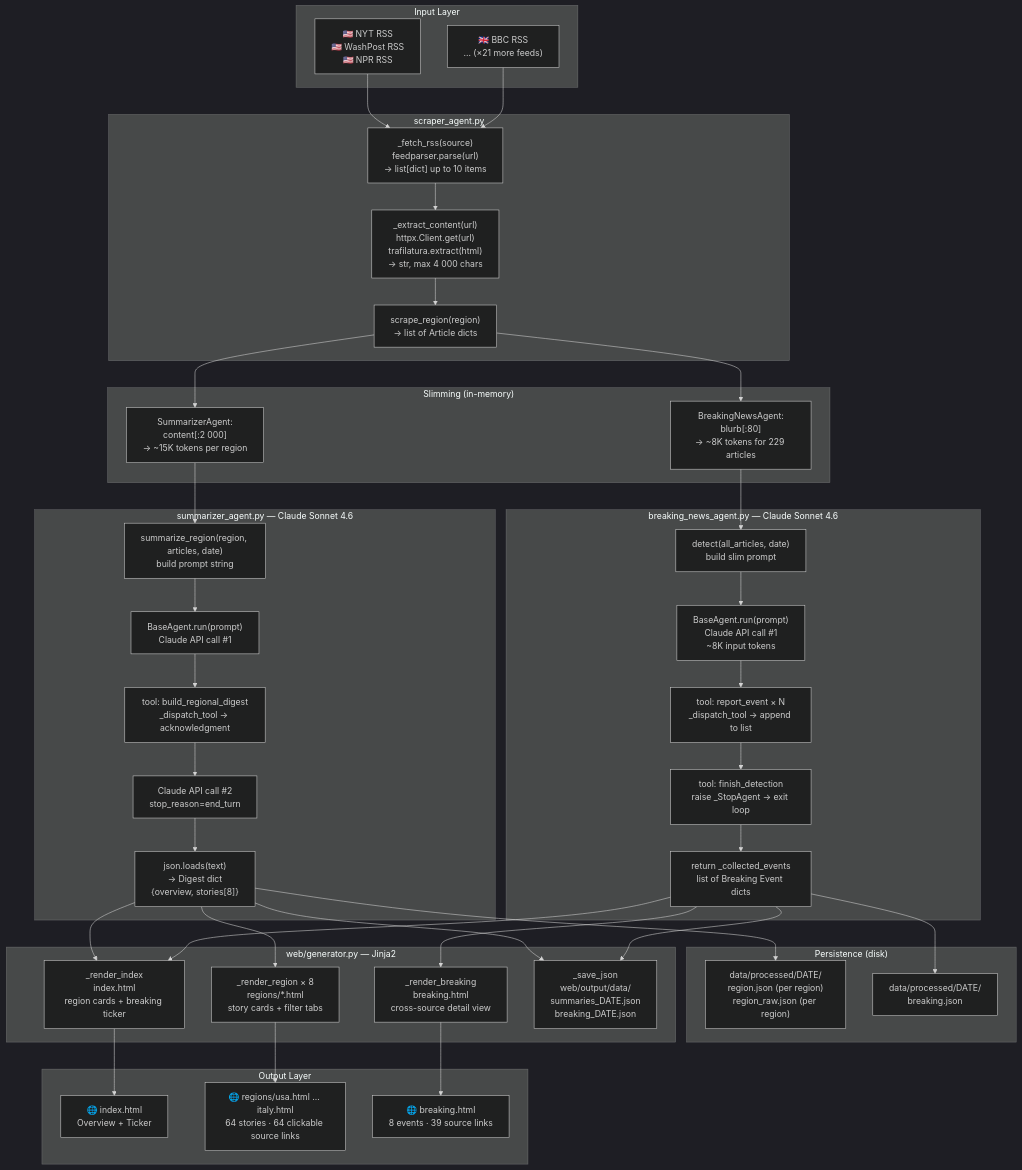
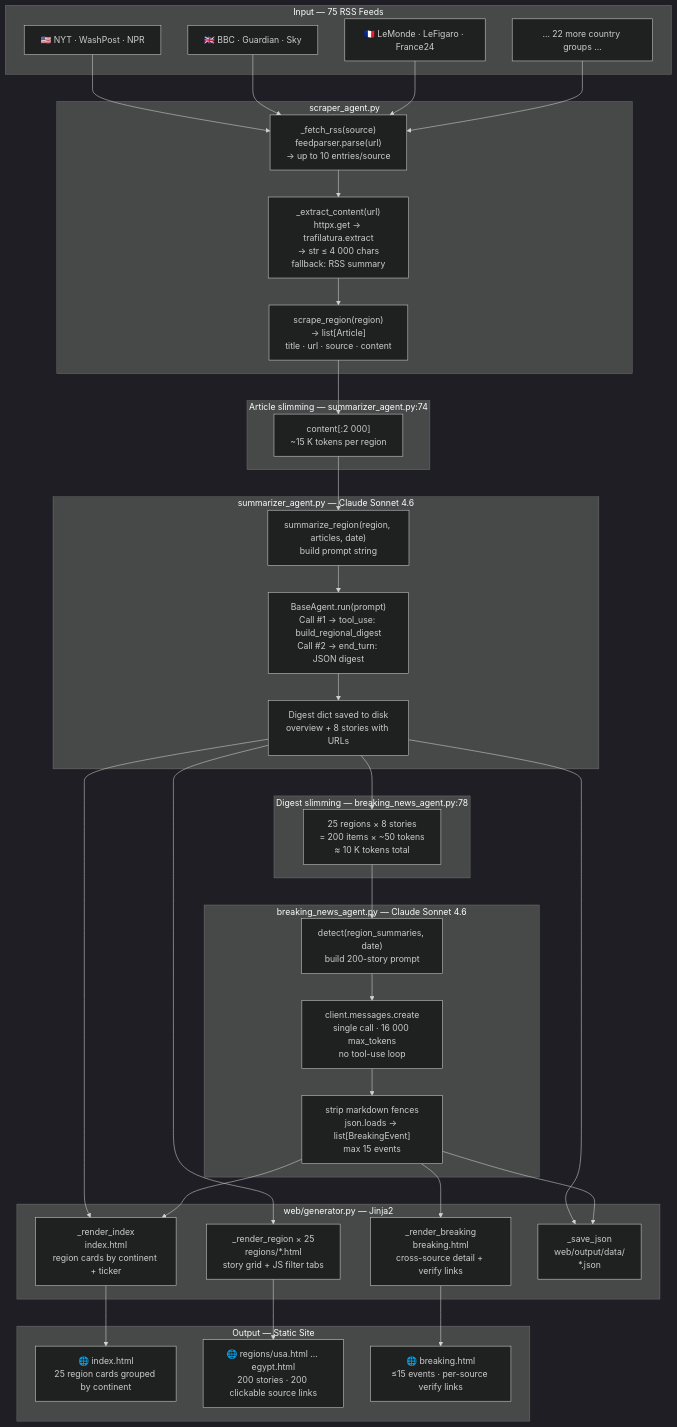
Before and after one commit to fborbon/news_agent: the third of 4 diagrams in README.md, drawn with Mermaid (dark theme). The commit also changed other lines of this file, not shown here.

First line of the commit message:
Enrich README with AI tech explanations, diagrams, and live site link

````diff
--- a/README.md
+++ b/README.md
@@ -582,65 +485,59 @@
 ```mermaid
 flowchart TD
-    subgraph INPUT["Input Layer"]
-        N1["🇺🇸 NYT RSS\n🇺🇸 WashPost RSS\n🇺🇸 NPR RSS"]
-        N2["🇬🇧 BBC RSS\n… (×21 more feeds)"]
+    subgraph IN["Input — 75 RSS Feeds"]
+        R1["🇺🇸 NYT · WashPost · NPR"]
+        R2["🇬🇧 BBC · Guardian · Sky"]
+        R3["🇫🇷 LeMonde · LeFigaro · France24"]
+        RN["… 22 more country groups …"]
     end
 
     subgraph SCRAPE["scraper_agent.py"]
-        F1["_fetch_rss(source)\nfeedparser.parse(url)\n→ list[dict] up to 10 items"]
-        F2["_extract_content(url)\nhttpx.Client.get(url)\ntrafilatura.extract(html)\n→ str, max 4 000 chars"]
-        F3["scrape_region(region)\n→ list of Article dicts"]
-        N1 & N2 --> F1 --> F2 --> F3
+        S1["_fetch_rss(source)\nfeedparser.parse(url)\n→ up to 10 entries/source"]
+        S2["_extract_content(url)\nhttpx.get → trafilatura.extract\n→ str ≤ 4 000 chars\nfallback: RSS summary"]
+        S3["scrape_region(region)\n→ list[Article]\ntitle · url · source · content"]
+        R1 & R2 & R3 & RN --> S1 --> S2 --> S3
     end
 
-    subgraph PREP["Slimming (in-memory)"]
-        S1["SummarizerAgent:\ncontent[:2 000]\n→ ~15K tokens per region"]
-        S2["BreakingNewsAgent:\nblurb[:80]\n→ ~8K tokens for 229 articles"]
-        F3 --> S1
-        F3 --> S2
+    subgraph SLIM1["Article slimming — summarizer_agent.py:74"]
+        T1["content[:2 000]\n~15 K tokens per region"]
+        S3 --> T1
     end
 
     subgraph SUMM["summarizer_agent.py — Claude Sonnet 4.6"]
-        G1["summarize_region(region, articles, date)\nbuild prompt string"]
-        G2["BaseAgent.run(prompt)\nClaude API call #1"]
-        G3["tool: build_regional_digest\n_dispatch_tool → acknowledgment"]
-        G4["Claude API call #2\nstop_reason=end_turn"]
-        G5["json.loads(text)\n→ Digest dict\n{overview, stories[8]}"]
-        S1 --> G1 --> G2 --> G3 --> G4 --> G5
+        U1["summarize_region(region, articles, date)\nbuild prompt string"]
+        U2["BaseAgent.run(prompt)\nCall #1 → tool_use: build_regional_digest\nCall #2 → end_turn: JSON digest"]
+        U3["Digest dict saved to disk\noverview + 8 stories with URLs"]
+        T1 --> U1 --> U2 --> U3
+    end
+
+    subgraph SLIM2["Digest slimming — breaking_news_agent.py:78"]
+        V1["25 regions × 8 stories\n= 200 items × ~50 tokens\n≈ 10 K tokens total"]
+        U3 --> V1
     end
 
     subgraph BREAK["breaking_news_agent.py — Claude Sonnet 4.6"]
-        B1["detect(all_articles, date)\nbuild slim prompt"]
-        B2["BaseAgent.run(prompt)\nClaude API call #1\n~8K input tokens"]
-        B3["tool: report_event × N\n_dispatch_tool → append to list"]
-        B4["tool: finish_detection\nraise _StopAgent → exit loop"]
-        B5["return _collected_events\nlist of Breaking Event dicts"]
-        S2 --> B1 --> B2 --> B3 --> B4 --> B5
-    end
-
-    subgraph PERSIST["Persistence (disk)"]
-        P1["data/processed/DATE/\nregion.json (per region)\nregion_raw.json (per region)"]
-        P2["data/processed/DATE/\nbreaking.json"]
-        G5 --> P1
-        B5 --> P2
+        W1["detect(region_summaries, date)\nbuild 200-story prompt"]
+        W2["client.messages.create\nsingle call · 16 000 max_tokens\nno tool-use loop"]
+        W3["strip markdown fences\njson.loads → list[BreakingEvent]\nmax 15 events"]
+        V1 --> W1 --> W2 --> W3
     end
 
     subgraph GEN["web/generator.py — Jinja2"]
-        W1["_render_index\nindex.html\nregion cards + breaking ticker"]
-        W2["_render_region × 8\nregions/*.html\nstory cards + filter tabs"]
-        W3["_render_breaking\nbreaking.html\ncross-source detail view"]
-        W4["_save_json\nweb/output/data/\nsummaries_DATE.json\nbreaking_DATE.json"]
-        G5 --> W1 & W2
-        B5 --> W1 & W3
-        G5 & B5 --> W4
+        X1["_render_index\nindex.html\nregion cards by continent + ticker"]
+        X2["_render_region × 25\nregions/*.html\nstory grid + JS filter tabs"]
+        X3["_render_breaking\nbreaking.html\ncross-source detail + verify links"]
+        X4["_save_json\nweb/output/data/\n*.json"]
+        U3 --> X1 & X2
+        W3 --> X1 & X3
+        U3 & W3 --> X4
     end
 
-    subgraph OUT["Output Layer"]
-        O1["🌐 index.html\nOverview + Ticker"]
-        O2["🌐 regions/usa.html … italy.html\n64 stories · 64 clickable source links"]
-        O3["🌐 breaking.html\n8 events · 39 source links"]
-        W1 --> O1
-        W2 --> O2
-        W3 --> O3
+    subgraph OUT["Output — Static Site"]
+        Y1["🌐 index.html\n25 region cards grouped by continent"]
+        Y2["🌐 regions/usa.html … egypt.html\n200 stories · 200 clickable source links"]
+        Y3["🌐 breaking.html\n≤15 events · per-source verify links"]
+        X1 --> Y1
+        X2 --> Y2
+        X3 --> Y3
     end
 ```
````
